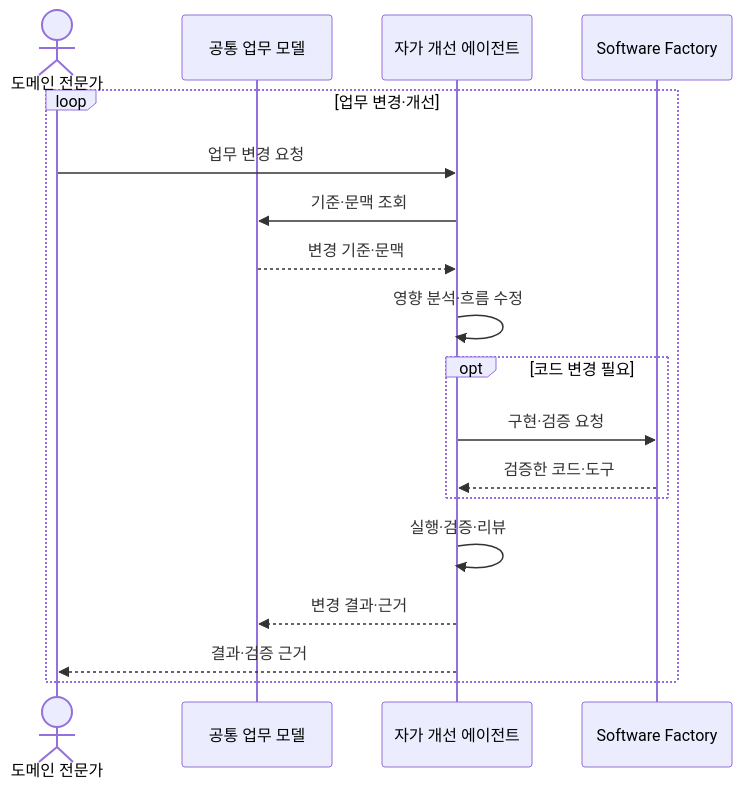
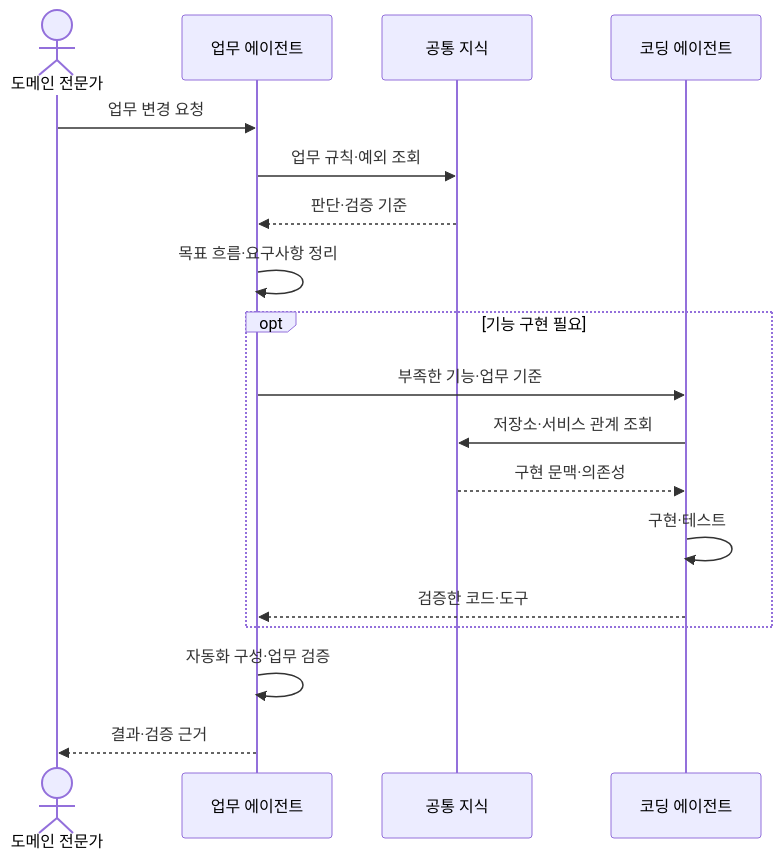
Before and after one commit to haandol/haandol.github.com: the fifth of 6 diagrams in _posts/2026-11-05-enterprise-wide-ax-essentials.md, drawn with Mermaid. The commit also changed other lines of this file and 1 other file, not shown here.

````diff
--- a/_posts/2026-11-05-enterprise-wide-ax-essentials.md
+++ b/_posts/2026-11-05-enterprise-wide-ax-essentials.md
@@ -160,20 +190,20 @@
 ```mermaid
 sequenceDiagram
   actor O as 도메인 전문가
-  participant K as 공통 업무 모델
-  participant A as 자가 개선 에이전트
-  participant F as Software Factory
-  loop 업무 변경·개선
-    O->>A: 업무 변경 요청
-    A->>K: 기준·문맥 조회
-    K-->>A: 변경 기준·문맥
-    A->>A: 영향 분석·흐름 수정
-    opt 코드 변경 필요
-      A->>F: 구현·검증 요청
-      F-->>A: 검증한 코드·도구
-    end
-    A->>A: 실행·검증·리뷰
-    A-->>K: 변경 결과·근거
-    A-->>O: 결과·검증 근거
+  participant B as 업무 에이전트
+  participant K as 공통 지식
+  participant C as 코딩 에이전트
+  O->>B: 업무 변경 요청
+  B->>K: 업무 규칙·예외 조회
+  K-->>B: 판단·검증 기준
+  B->>B: 목표 흐름·요구사항 정리
+  opt 기능 구현 필요
+    B->>C: 부족한 기능·업무 기준
+    C->>K: 저장소·서비스 관계 조회
+    K-->>C: 구현 문맥·의존성
+    C->>C: 구현·테스트
+    C-->>B: 검증한 코드·도구
   end
+  B->>B: 자동화 구성·업무 검증
+  B-->>O: 결과·검증 근거
 ```
````
